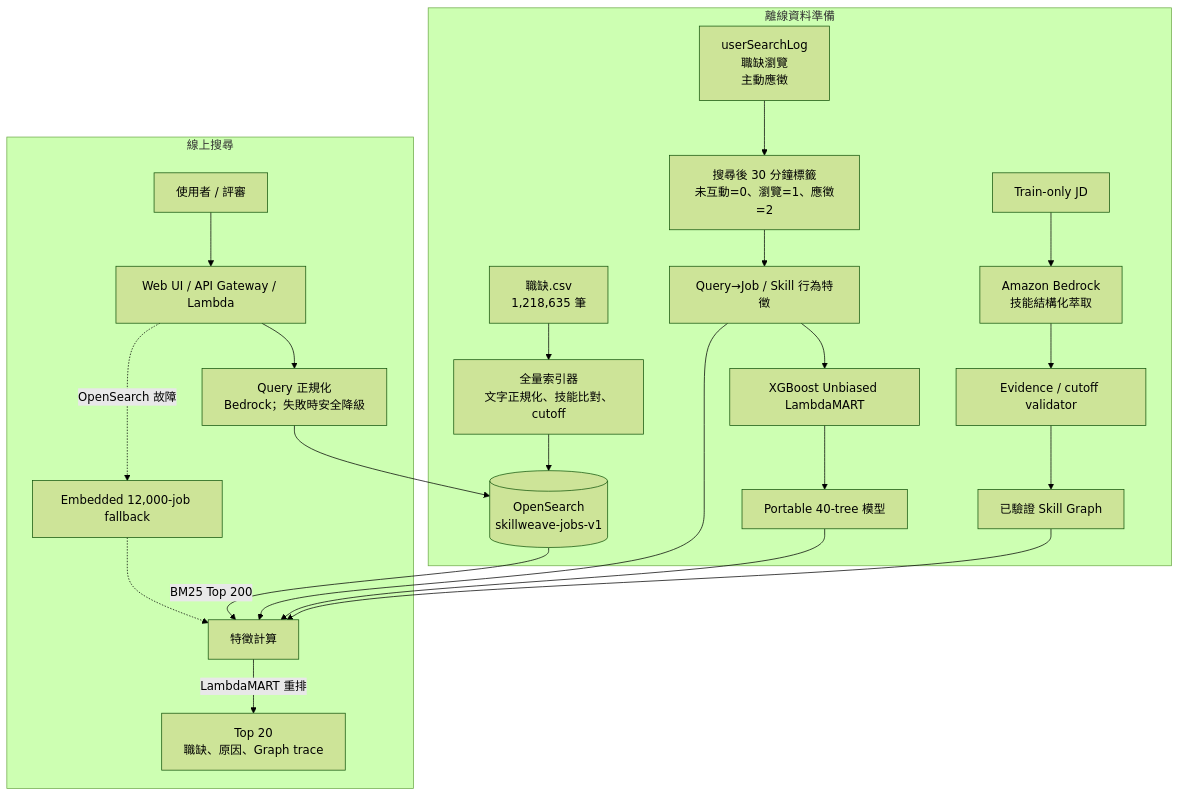
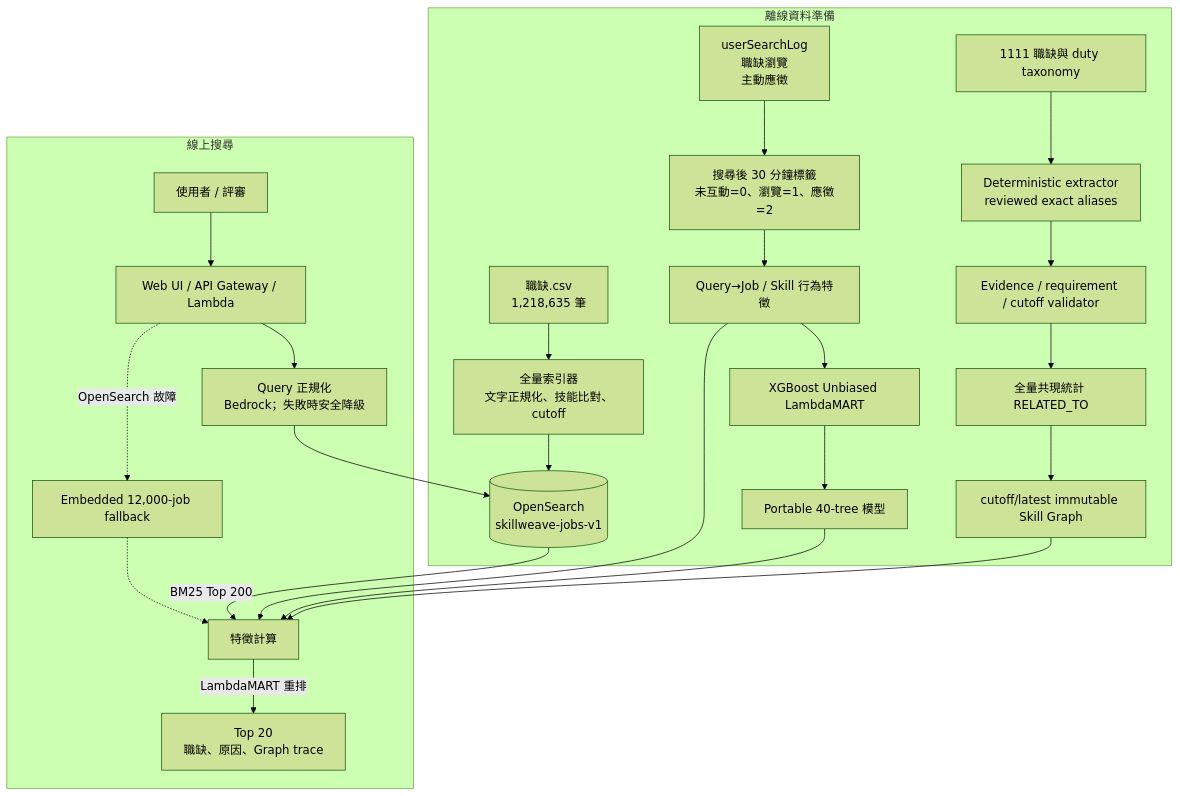
One commit to Jimmy200504/aws-hackathon changed the diagram in README.md. Above: the diagram before and after it, drawn with Mermaid (forest theme). The commit also changed other lines of this file and 89 other files, not shown here.

Commit message:
Replace offline graph build with deterministic pipeline

````diff
--- a/README.md
+++ b/README.md
@@ -11,30 +11,31 @@
 ```mermaid
 flowchart TB
     subgraph Offline["離線資料準備"]
         JOBS["職缺.csv<br/>1,218,635 筆"] --> INDEXER["全量索引器<br/>文字正規化、技能比對、cutoff"]
         INDEXER --> OS[("OpenSearch<br/>skillweave-jobs-v1")]
 
         LOGS["userSearchLog<br/>職缺瀏覽<br/>主動應徵"] --> LABELS["搜尋後 30 分鐘標籤<br/>未互動=0、瀏覽=1、應徵=2"]
         LABELS --> FEATURES["Query→Job / Skill 行為特徵"]
         FEATURES --> TRAIN["XGBoost Unbiased LambdaMART"]
         TRAIN --> MODEL["Portable 40-tree 模型"]
 
-        JD["Train-only JD"] --> BEDROCK["Amazon Bedrock<br/>技能結構化萃取"]
-        BEDROCK --> VALIDATOR["Evidence / cutoff validator"]
-        VALIDATOR --> GRAPH["已驗證 Skill Graph"]
+        JD["1111 職缺與 duty taxonomy"] --> EXACT["Deterministic extractor<br/>reviewed exact aliases"]
+        EXACT --> VALIDATOR["Evidence / requirement / cutoff validator"]
+        VALIDATOR --> STATS["全量共現統計 RELATED_TO"]
+        STATS --> GRAPH["cutoff/latest immutable Skill Graph"]
     end
 
     subgraph Online["線上搜尋"]
         USER["使用者 / 評審"] --> API["Web UI / API Gateway / Lambda"]
         API --> NORMALIZE["Query 正規化<br/>Bedrock；失敗時安全降級"]
         NORMALIZE --> OS
         OS -->|"BM25 Top 200"| RANKER["特徵計算"]
         GRAPH --> RANKER
         FEATURES --> RANKER
         MODEL --> RANKER
         RANKER -->|"LambdaMART 重排"| TOP20["Top 20<br/>職缺、原因、Graph trace"]
 
         API -. "OpenSearch 故障" .-> FALLBACK["Embedded 12,000-job fallback"]
         FALLBACK -.-> RANKER
     end
 ```
````
